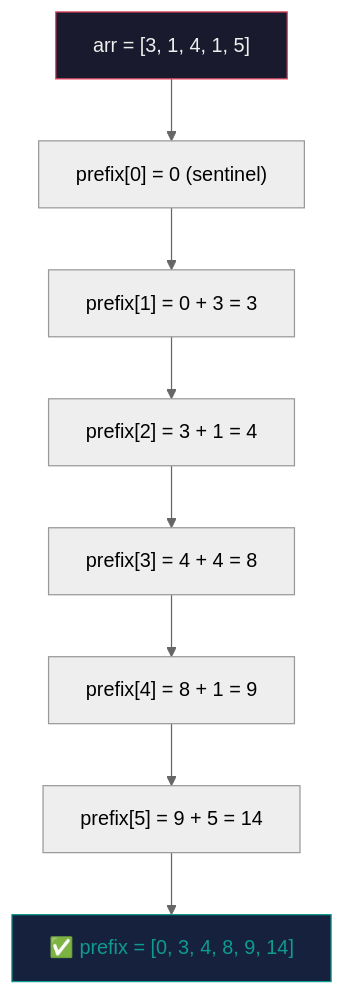
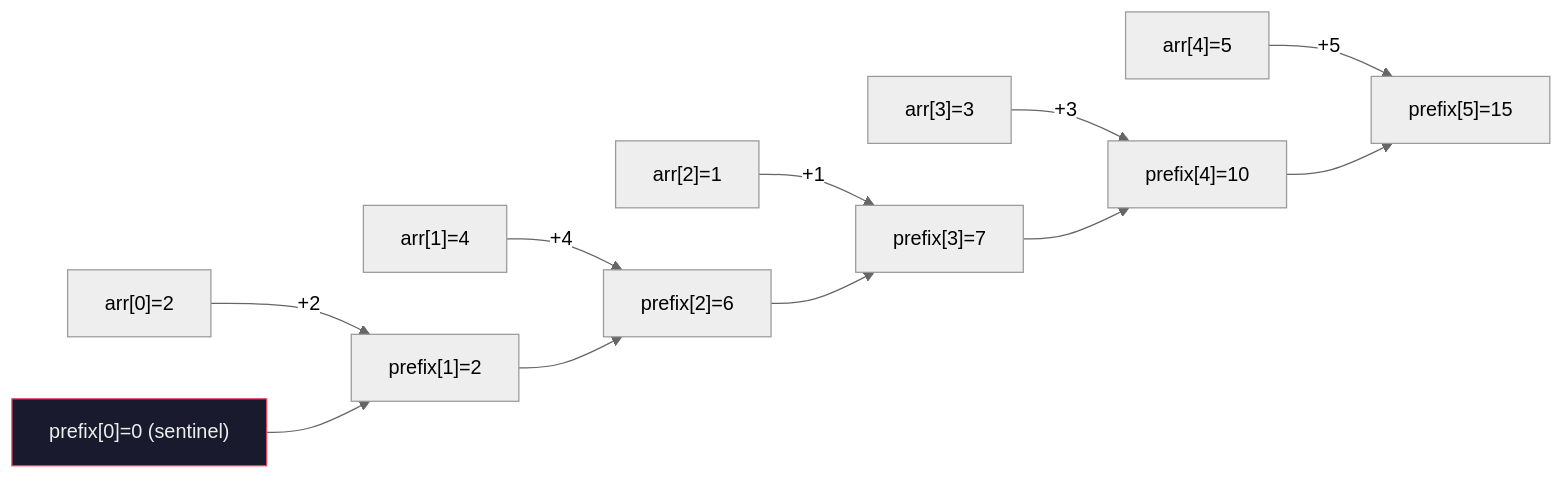
Before and after one commit to muhammad-khaled-tech/My-Study-Notes: the first of 3 diagrams in problem solving/prefix_sum_tutorial.md, drawn with Mermaid (neutral theme). The commit also changed other lines of this file and 3 other files, not shown here.

````diff
--- a/problem solving/prefix_sum_tutorial.md
+++ b/problem solving/prefix_sum_tutorial.md
@@ -395,13 +389,16 @@
 ```mermaid
-graph TD
-    A["arr = [3, 1, 4, 1, 5]"] --> B["prefix[0] = 0 (sentinel)"]
-    B --> C["prefix[1] = 0 + 3 = 3"]
-    C --> D["prefix[2] = 3 + 1 = 4"]
-    D --> E["prefix[3] = 4 + 4 = 8"]
-    E --> F["prefix[4] = 8 + 1 = 9"]
-    F --> G["prefix[5] = 9 + 5 = 14"]
-    G --> H["✅ prefix = [0, 3, 4, 8, 9, 14]"]
+graph LR
+    A["arr[0]=2"] -->|"+2"| P1["prefix[1]=2"]
+    B["arr[1]=4"] -->|"+4"| P2["prefix[2]=6"]
+    C["arr[2]=1"] -->|"+1"| P3["prefix[3]=7"]
+    D["arr[3]=3"] -->|"+3"| P4["prefix[4]=10"]
+    E["arr[4]=5"] -->|"+5"| P5["prefix[5]=15"]
 
-    style A fill:#1a1a2e,color:#eee,stroke:#e94560
-    style H fill:#16213e,color:#0f9b8e,stroke:#0f9b8e
+    P0["prefix[0]=0 (sentinel)"] --> P1
+    P1 --> P2
+    P2 --> P3
+    P3 --> P4
+    P4 --> P5
+
+    style P0 fill:#1a1a2e,color:#eee,stroke:#e94560
 ```
````
